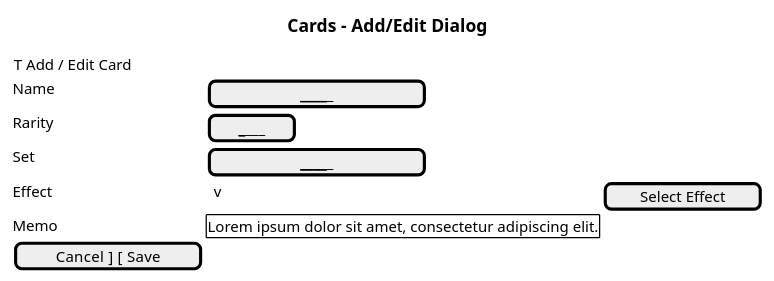
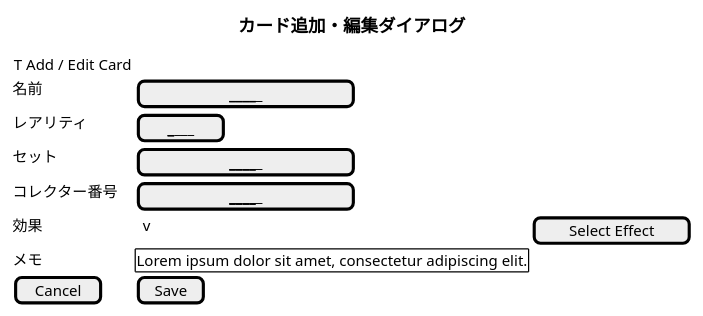
The diagram in docs/uml/wireframes/card_add_edit_dialog.puml (nilg5120/cardproFlutter), drawn with PlantUML before and after one commit. The commit also changed 7 other files, not shown here.

```diff
--- a/docs/uml/wireframes/card_add_edit_dialog.puml
+++ b/docs/uml/wireframes/card_add_edit_dialog.puml
@@ -1,18 +1,19 @@
 @startuml
-title Cards - Add/Edit Dialog
+title カード追加・編集ダイアログ
 
 salt
 {
   {T Add / Edit Card}
-  Name        | [_____________________]
-  Rarity      | [________]
-  Set         | [_____________________]
-  Effect      | {^ v} [ Select Effect ]
-  Memo        |
+  名前        | [_____________________]
+  レアリティ      | [________]
+  セット         | [_____________________]
+  コレクター番号 | [_____________________]
+  効果      | {^ v} [ Select Effect ]
+  メモ        |
               | {#
                   Lorem ipsum dolor sit amet, consectetur adipiscing elit.
                 }
-  [ Cancel ]  [ Save ]
+  [ Cancel ] | [ Save ]
 }
 
 @enduml
```
